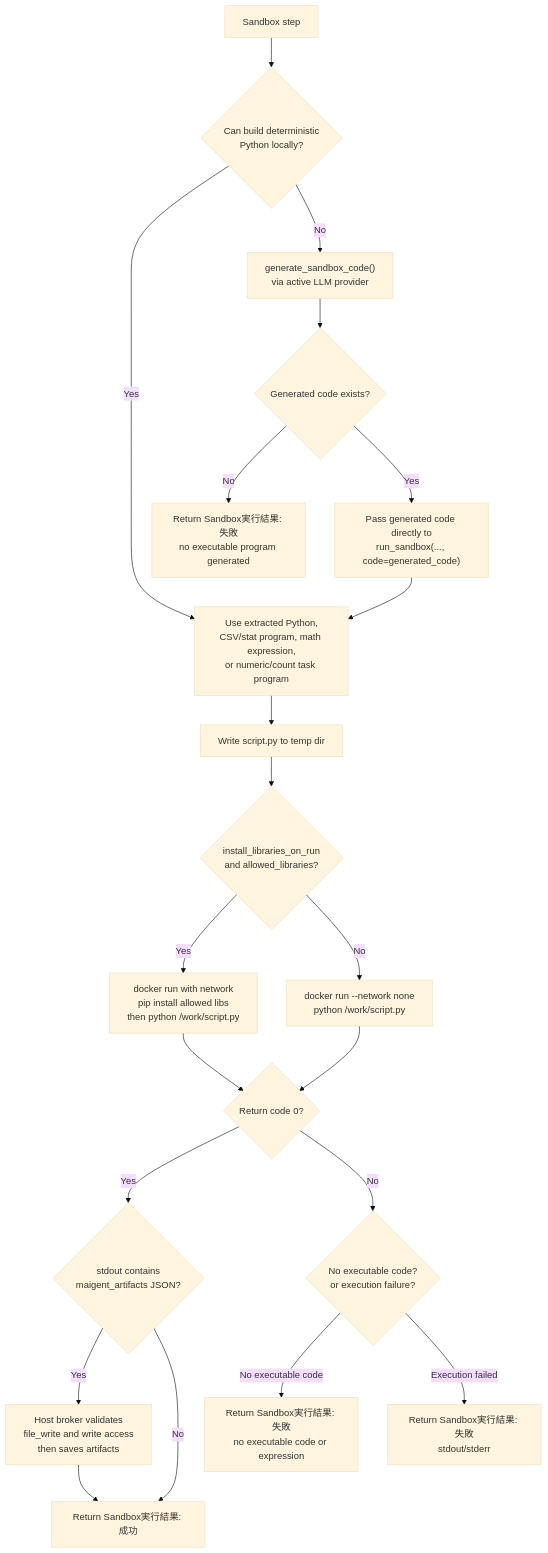
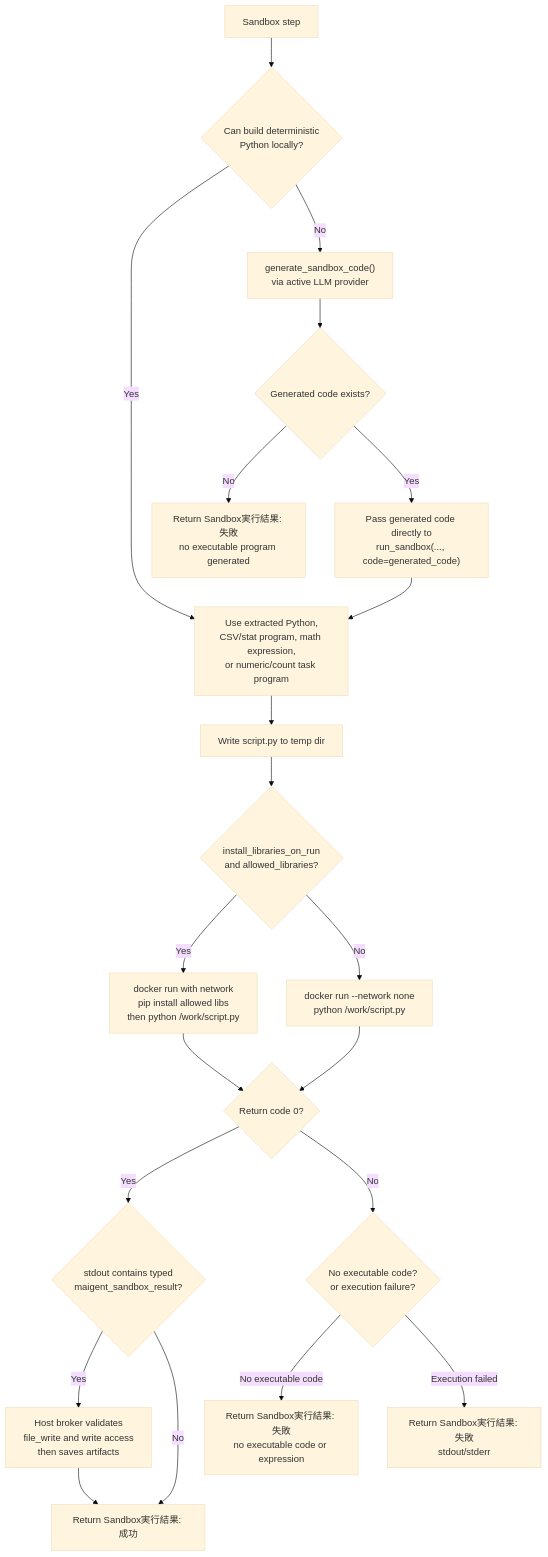
The eighth of 11 diagrams in README.md (ikedachin/maigent), drawn with Mermaid (base theme) before and after one commit. The commit also changed other lines of this file and 18 other files, not shown here.

````diff
--- a/README.md
+++ b/README.md
@@ -404,23 +406,23 @@
 ```mermaid
 flowchart TD
     SandboxStep["Sandbox step"] --> CanBuild{"Can build deterministic\nPython locally?"}
     CanBuild -- "Yes" --> LocalProgram["Use extracted Python,\nCSV/stat program, math expression,\nor numeric/count task program"]
     CanBuild -- "No" --> GenerateCode["generate_sandbox_code()\nvia active LLM provider"]
     GenerateCode --> CodeExists{"Generated code exists?"}
     CodeExists -- "No" --> NoProgram["Return Sandbox実行結果: 失敗\nno executable program generated"]
     CodeExists -- "Yes" --> CodeOverride["Pass generated code directly to\nrun_sandbox(..., code=generated_code)"]
     CodeOverride --> LocalProgram
     LocalProgram --> TempScript["Write script.py to temp dir"]
     TempScript --> InstallLibs{"install_libraries_on_run\nand allowed_libraries?"}
     InstallLibs -- "Yes" --> DockerNet["docker run with network\npip install allowed libs\nthen python /work/script.py"]
     InstallLibs -- "No" --> DockerNoNet["docker run --network none\npython /work/script.py"]
     DockerNet --> Result{"Return code 0?"}
     DockerNoNet --> Result
-    Result -- "Yes" --> Artifact{"stdout contains\nmaigent_artifacts JSON?"}
+    Result -- "Yes" --> Artifact{"stdout contains typed\nmaigent_sandbox_result?"}
     Artifact -- "Yes" --> Broker["Host broker validates\nfile_write and write access\nthen saves artifacts"]
     Artifact -- "No" --> Success["Return Sandbox実行結果: 成功"]
     Broker --> Success
     Result -- "No" --> Failure{"No executable code?\nor execution failure?"}
     Failure -- "No executable code" --> NoCodeFail["Return Sandbox実行結果: 失敗\nno executable code or expression"]
     Failure -- "Execution failed" --> FailMessage["Return Sandbox実行結果: 失敗\nstdout/stderr"]
 ```
````
